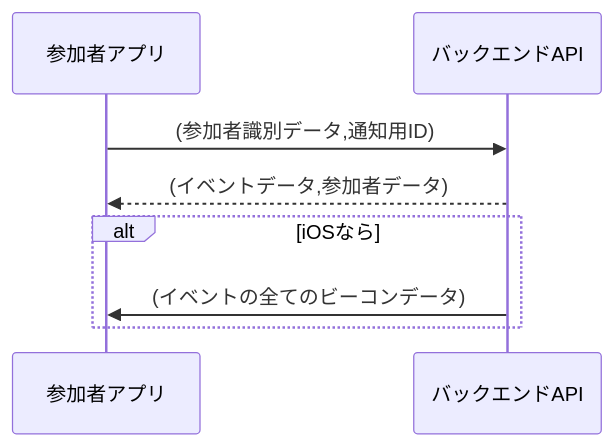
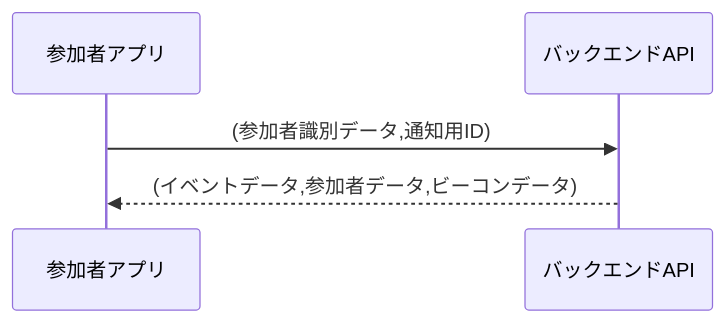
One commit to after-school-garbage-squad/repaint-architecture changed the second of 9 diagrams in docs/sequence/mobile.md. Above: the diagram before and after it, drawn with Mermaid. The commit also changed other lines of this file and 3 other files, not shown here.

Commit message:
feat(sequence): update mobile for spec

````diff
--- a/docs/sequence/mobile.md
+++ b/docs/sequence/mobile.md
@@ -27,11 +33,8 @@
 ```mermaid
 sequenceDiagram
     participant app as 参加者アプリ
     participant back as バックエンドAPI
     app ->> back: (参加者識別データ,通知用ID)
-    back -->> app: (イベントデータ,参加者データ)
-    alt iOSなら
-        back ->> app: (イベントの全てのビーコンデータ)
-    end
+    back -->> app: (イベントデータ,参加者データ,ビーコンデータ)
 
 ```
````
